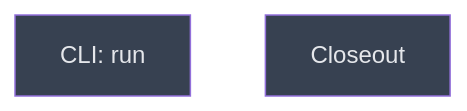
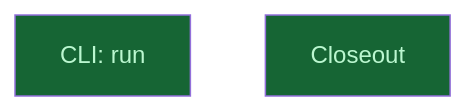
One commit to CrackingShells/Candler changed the diagram in __roadmap__/m2b-execution-parity/runs/jobs/cli/README.md. Above: the diagram before and after it, drawn with Mermaid. The commit also changed other lines of this file and 7 other files, not shown here.

````diff
--- a/__roadmap__/m2b-execution-parity/runs/jobs/cli/README.md
+++ b/__roadmap__/m2b-execution-parity/runs/jobs/cli/README.md
@@ -18,10 +18,10 @@
 ```mermaid
 graph TD
-    cli_run[CLI: run]:::planned
-    closeout[Closeout]:::planned
+    cli_run[CLI: run]:::done
+    closeout[Closeout]:::done
     classDef done       fill:#166534,color:#bbf7d0
     classDef inprogress fill:#854d0e,color:#fef08a
     classDef planned    fill:#374151,color:#e5e7eb
     classDef amendment  fill:#1e3a5f,color:#bfdbfe
     classDef blocked    fill:#7f1d1d,color:#fecaca
 ```
````
